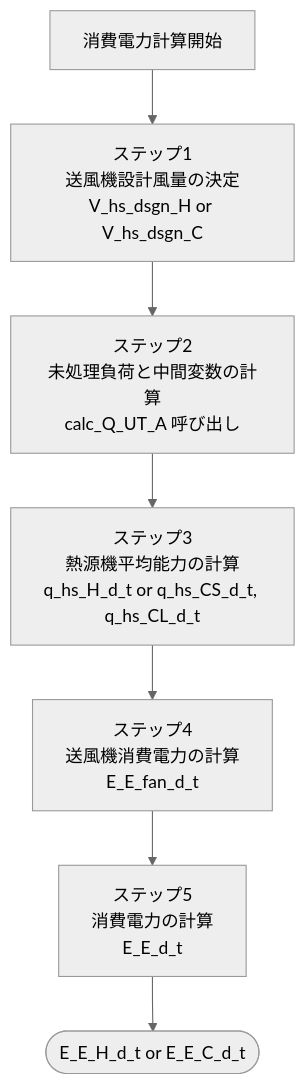
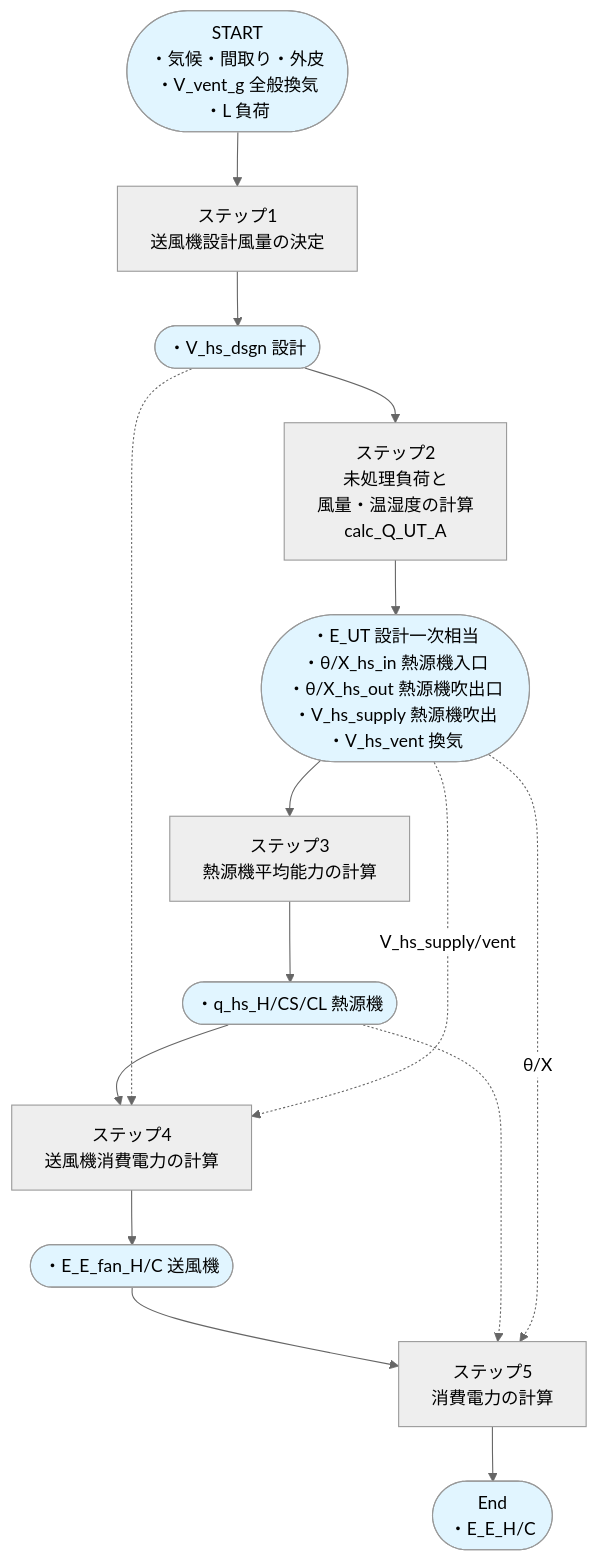
Before and after one commit to izumi-system-development/pyhees-jjj: the first of 15 diagrams in src/docs/プロセスモデル_消費電力計算_標準.md, drawn with Mermaid (neutral theme). The commit also changed other lines of this file, not shown here.

````diff
--- a/src/docs/プロセスモデル_消費電力計算_標準.md
+++ b/src/docs/プロセスモデル_消費電力計算_標準.md
@@ -28,14 +28,33 @@
 ```mermaid
 flowchart TD
-    Start[消費電力計算開始] --> Step1[ステップ1<br/>送風機設計風量の決定<br/>V_hs_dsgn_H or V_hs_dsgn_C]
-    
-    Step1 --> Step2[ステップ2<br/>未処理負荷と中間変数の計算<br/>calc_Q_UT_A 呼び出し]
-    
-    Step2 --> Step3[ステップ3<br/>熱源機平均能力の計算<br/>q_hs_H_d_t or q_hs_CS_d_t, q_hs_CL_d_t]
-    
-    Step3 --> Step4[ステップ4<br/>送風機消費電力の計算<br/>E_E_fan_d_t]
-    
-    Step4 --> Step5[ステップ5<br/>消費電力の計算<br/>E_E_d_t]
-    
-    Step5 --> End([E_E_H_d_t or E_E_C_d_t])
+    Start([START<br/>・気候・間取り・外皮<br/>・V_vent_g 全般換気<br/>・L 負荷]) --> Step1[ステップ1<br/>送風機設計風量の決定]
+
+    Step1 --> V_dsgn([・V_hs_dsgn 設計])
+
+    V_dsgn --> Step2[ステップ2<br/>未処理負荷と<br/>風量・温湿度の計算<br/>calc_Q_UT_A]
+
+    Step2 --> Vars([・E_UT 設計一次相当<br/>・θ/X_hs_in 熱源機入口<br/>・θ/X_hs_out 熱源機吹出口<br/>・V_hs_supply 熱源機吹出<br/>・V_hs_vent 換気])
+
+    Vars --> Step3[ステップ3<br/>熱源機平均能力の計算]
+
+    Step3 --> Q_hs([・q_hs_H/CS/CL 熱源機])
+
+    Q_hs --> Step4[ステップ4<br/>送風機消費電力の計算]
+    V_dsgn -.-> Step4
+    Vars -.V_hs_supply/vent.-> Step4
+
+    Step4 --> E_fan([・E_E_fan_H/C 送風機])
+
+    E_fan --> Step5[ステップ5<br/>消費電力の計算]
+    Q_hs -.-> Step5
+    Vars -.θ/X.-> Step5
+
+    Step5 --> End([End<br/>・E_E_H/C])
+
+    style Start fill:#e1f5ff
+    style V_dsgn fill:#e1f5ff
+    style Vars fill:#e1f5ff
+    style Q_hs fill:#e1f5ff
+    style E_fan fill:#e1f5ff
+    style End fill:#e1f5ff
 ```
````
